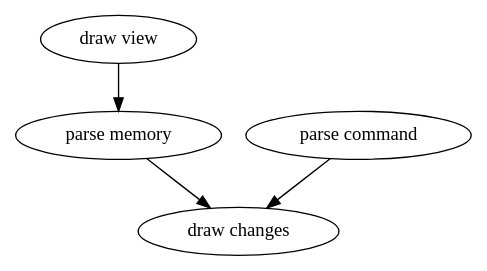
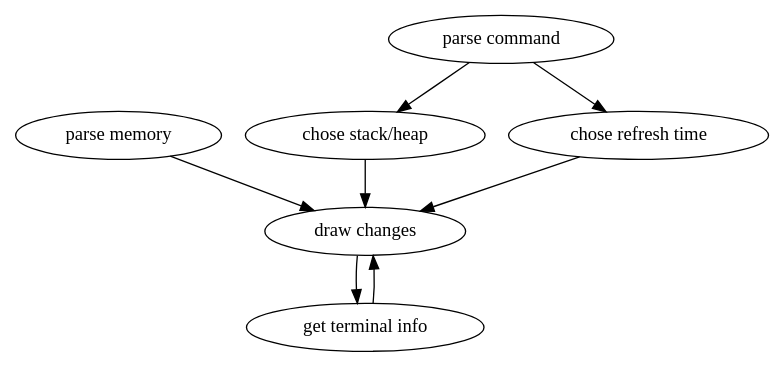
One commit to link-jay/mem_view changed the diagram in arch.dot. Above: the diagram before and after it, drawn with Graphviz. The commit also changed 4 other files, not shown here.

```diff
--- a/arch.dot
+++ b/arch.dot
@@ -1,4 +1,6 @@
 digraph G {
-	"draw view" -> "parse memory" -> "draw changes"
-	"parse command" -> "draw changes"
+	"parse memory" -> "draw changes" -> "get terminal info"
+	"parse command" -> "chose stack/heap" -> "draw changes"
+	"parse command" -> "chose refresh time" -> "draw changes"
+	"get terminal info" -> "draw changes"
 }
```
